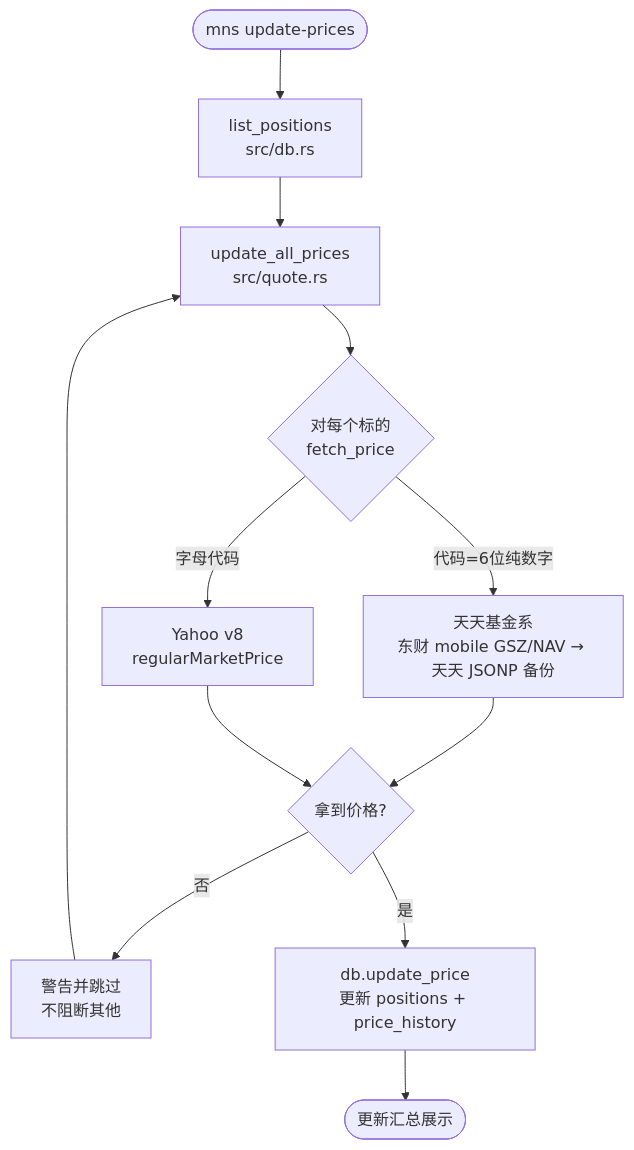
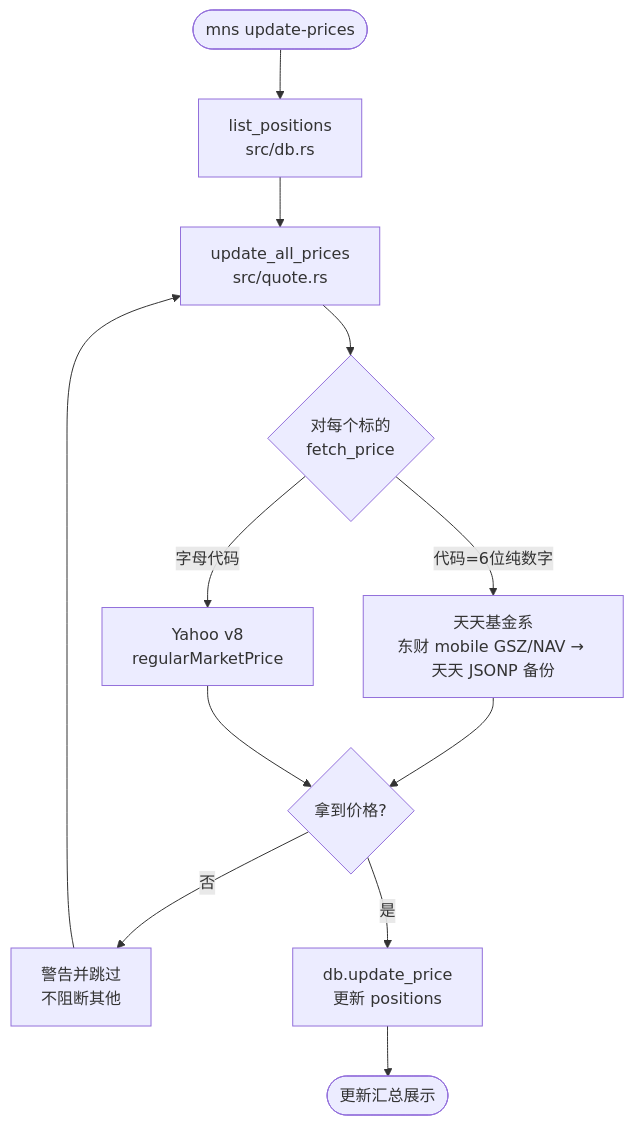
One commit to sopaco/money-never-sleep changed the fourth of 9 diagrams in .terrain/human/3.工作流.md. Above: the diagram before and after it, drawn with Mermaid. The commit also changed other lines of this file and 27 other files, not shown here.

````diff
--- a/.terrain/human/3.工作流.md
+++ b/.terrain/human/3.工作流.md
@@ -99,14 +99,14 @@
 ```mermaid
 flowchart TD
     Start([mns update-prices]) --> L1["list_positions<br/>src/db.rs"]
     L1 --> L2["update_all_prices<br/>src/quote.rs"]
     L2 --> L3{"对每个标的<br/>fetch_price"}
     L3 -->|代码=6位纯数字| L4["天天基金系<br/>东财 mobile GSZ/NAV → 天天 JSONP 备份"]
     L3 -->|字母代码| L5["Yahoo v8<br/>regularMarketPrice"]
     L4 --> L6{"拿到价格?"}
     L6 -->|否| L7["警告并跳过<br/>不阻断其他"]
-    L6 -->|是| L8["db.update_price<br/>更新 positions + price_history"]
+    L6 -->|是| L8["db.update_price<br/>更新 positions"]
     L5 --> L6
     L7 --> L2
     L8 --> End([更新汇总展示])
 ```
````
